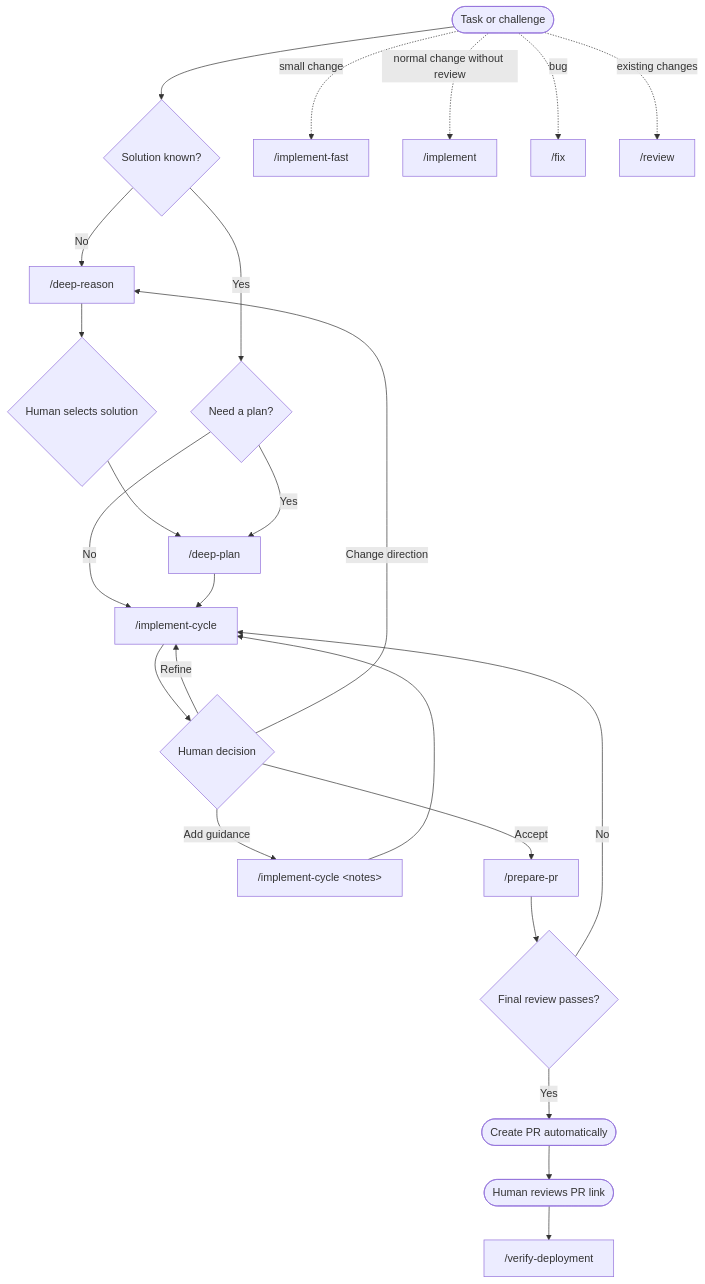
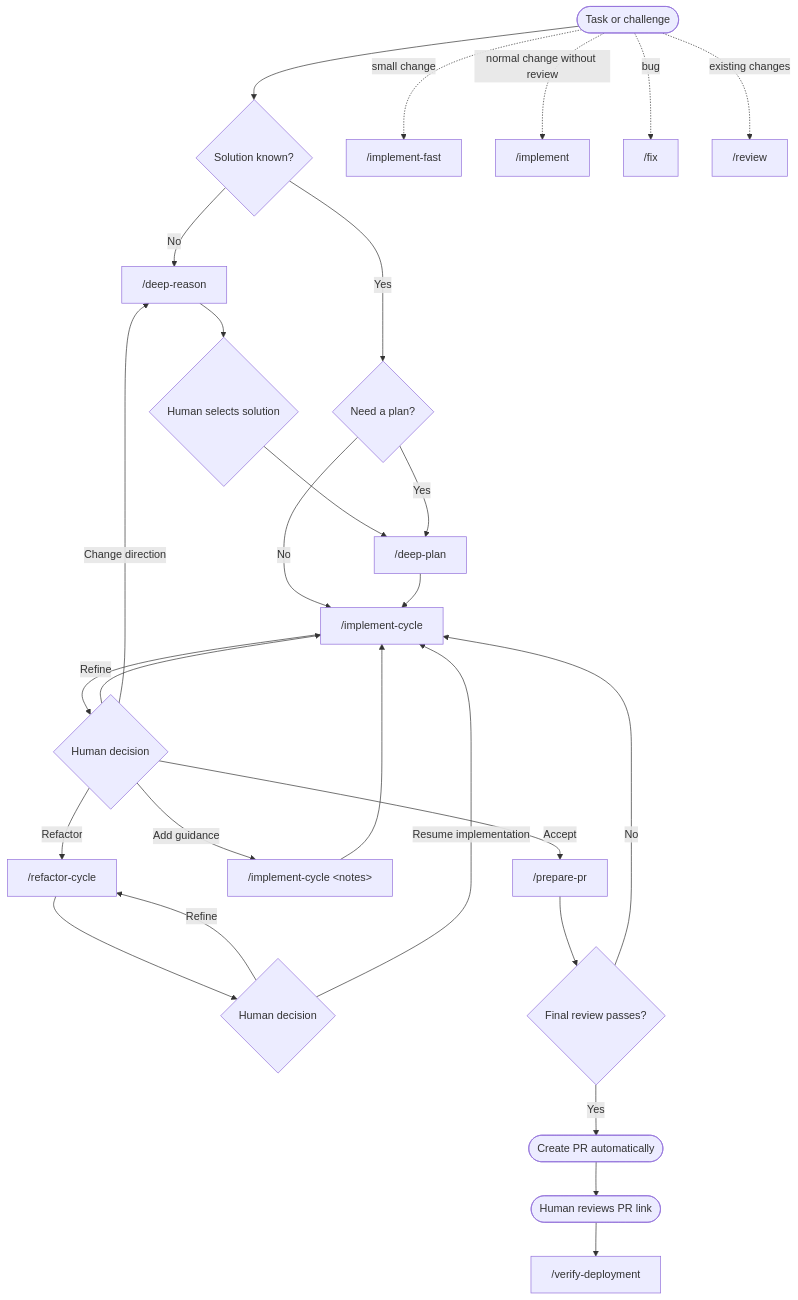
The diagram in README.md (ceoro9/opencode-setup), drawn with Mermaid before and after one commit. The commit also changed other lines of this file and 2 other files, not shown here.

Commit message:
feat: added 'refactor-cycle' command

````diff
--- a/README.md
+++ b/README.md
@@ -24,31 +24,35 @@
 ```mermaid
 flowchart TD
     Start([Task or challenge]) --> Known{Solution known?}
 
     Known -- No --> Reason["/deep-reason"]
     Reason --> Select{Human selects solution}
     Select --> Plan["/deep-plan"]
 
     Known -- Yes --> NeedPlan{Need a plan?}
     NeedPlan -- Yes --> Plan
     NeedPlan -- No --> Cycle["/implement-cycle"]
     Plan --> Cycle
 
     Cycle --> Decision{Human decision}
+    Decision -- Refactor --> Refactor["/refactor-cycle"]
+    Refactor --> RefactorDecision{Human decision}
+    RefactorDecision -- Refine --> Refactor
+    RefactorDecision -- Resume implementation --> Cycle
     Decision -- Refine --> Cycle
     Decision -- Add guidance --> Notes["/implement-cycle &lt;notes&gt;"]
     Notes --> Cycle
     Decision -- Change direction --> Reason
     Decision -- Accept --> Prepare["/prepare-pr"]
 
     Prepare --> Ready{Final review passes?}
     Ready -- No --> Cycle
     Ready -- Yes --> PR([Create PR automatically])
     PR --> Manual([Human reviews PR link])
     Manual --> Deploy["/verify-deployment"]
 
     Start -. small change .-> Fast["/implement-fast"]
     Start -. normal change without review .-> Implement["/implement"]
     Start -. bug .-> Fix["/fix"]
     Start -. existing changes .-> Review["/review"]
 ```
````
